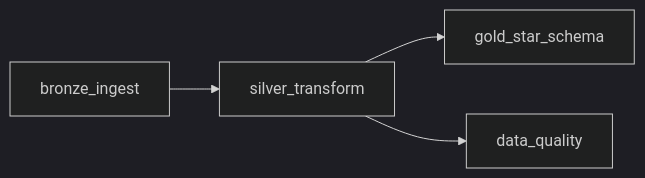
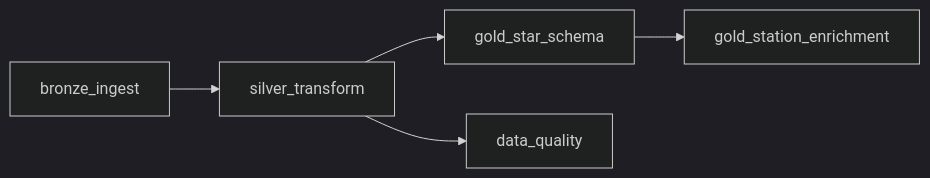
One commit to BeatrizJover/rail-punctuality-lakehouse changed the second of 2 diagrams in README.md. Above: the diagram before and after it, drawn with Mermaid (dark theme). The commit also changed other lines of this file and 1 other file, not shown here.

````diff
--- a/README.md
+++ b/README.md
@@ -209,6 +250,7 @@
 ```mermaid
 flowchart LR
     A[bronze_ingest] --> B[silver_transform]
     B --> C[gold_star_schema]
+    C --> E[gold_station_enrichment]
     B --> D[data_quality]
 ```
````
